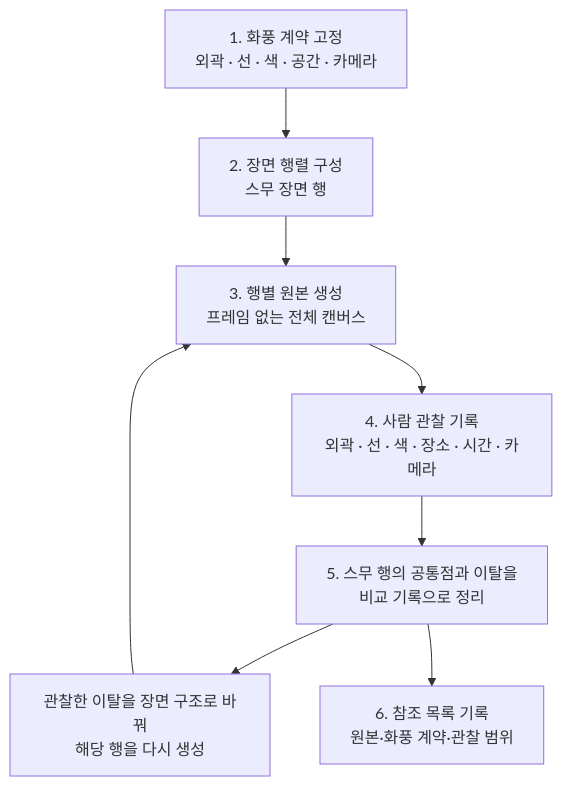
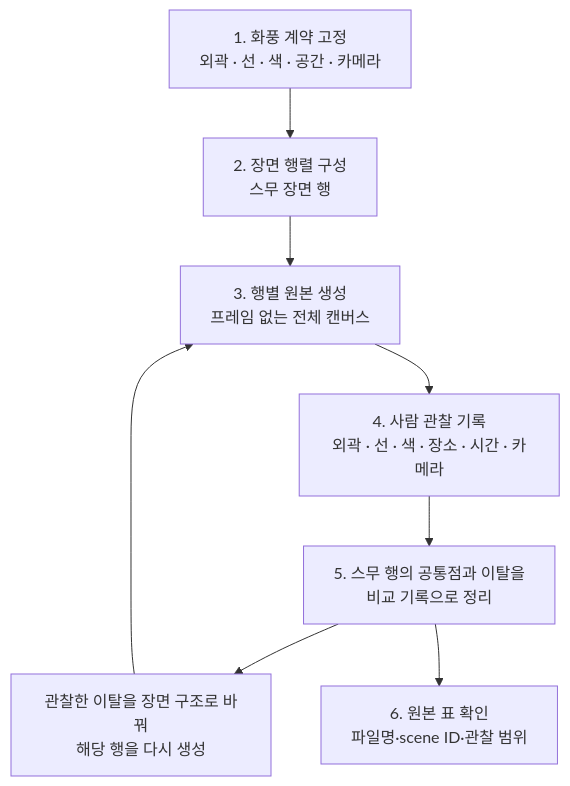
Before and after one commit to devchan64/AiBook: the diagram in docs/assets/part-07/chapter-05/p7-5-1-style-reference-pipeline-ko.mmd, drawn with Mermaid. The commit also changed 10 other files, not shown here.

```diff
--- a/docs/assets/part-07/chapter-05/p7-5-1-style-reference-pipeline-ko.mmd
+++ b/docs/assets/part-07/chapter-05/p7-5-1-style-reference-pipeline-ko.mmd
@@ -1,13 +1,13 @@
 flowchart TD
   contract["1. 화풍 계약 고정<br/>외곽 · 선 · 색 · 공간 · 카메라"]
   matrix["2. 장면 행렬 구성<br/>스무 장면 행"]
   generate["3. 행별 원본 생성<br/>프레임 없는 전체 캔버스"]
   review["4. 사람 관찰 기록<br/>외곽 · 선 · 색 · 장소 · 시간 · 카메라"]
   repair["관찰한 이탈을 장면 구조로 바꿔<br/>해당 행을 다시 생성"]
   coverage["5. 스무 행의 공통점과 이탈을<br/>비교 기록으로 정리"]
-  manifest["6. 참조 목록 기록<br/>원본·화풍 계약·관찰 범위"]
+  originals["6. 원본 표 확인<br/>파일명·scene ID·관찰 범위"]
 
   contract --> matrix --> generate --> review
   review --> coverage
   coverage --> repair --> generate
-  coverage --> manifest
+  coverage --> originals
```
